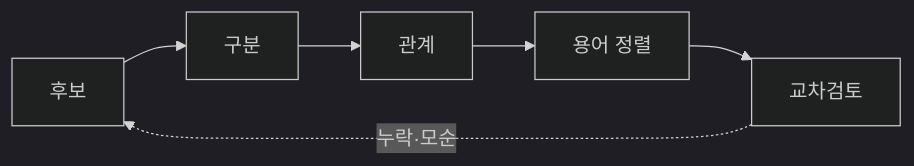
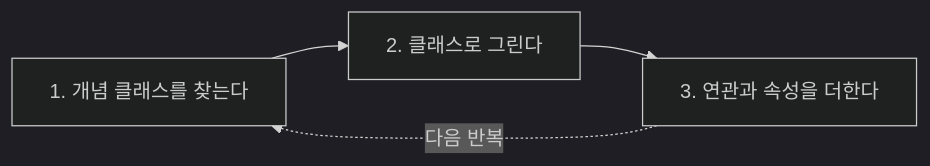
One commit to YoungSan77/TrainingMaterials changed diagram 11 of 35 in courses/ooad/sessions/s03.md. Above: the diagram before and after it, drawn with Mermaid (dark theme). The commit also changed other lines of this file and 51 other files, not shown here.

````diff
--- a/courses/ooad/sessions/s03.md
+++ b/courses/ooad/sessions/s03.md
@@ -1497,8 +923,6 @@
 ```mermaid
 flowchart LR
-    A["후보"] --> B["구분"]
-    B --> C["관계"]
-    C --> D["용어 정렬"]
-    D --> E["교차검토"]
-    E -. 누락·모순 .-> A
+    A["1. 개념 클래스를 찾는다"] --> B["2. 클래스로 그린다"]
+    B --> C["3. 연관과 속성을 더한다"]
+    C -. 다음 반복 .-> A
 ```
````
